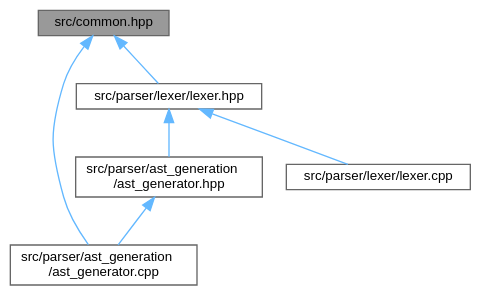
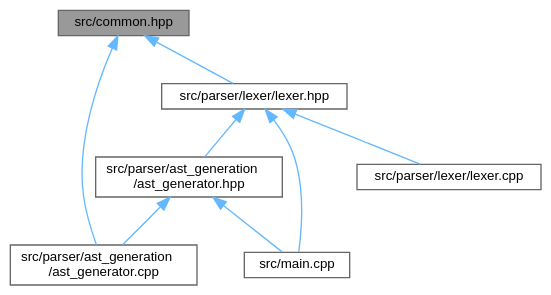
One commit to kejunp/kejunp.github.io changed the diagram in pebbl/docs/common_8hpp__dep__incl.dot. Above: the diagram before and after it, drawn with Graphviz. The commit also changed 114 other files, not shown here.

```diff
--- a/pebbl/docs/common_8hpp__dep__incl.dot
+++ b/pebbl/docs/common_8hpp__dep__incl.dot
@@ -1,17 +1,20 @@
 digraph "src/common.hpp"
 {
  // LATEX_PDF_SIZE
   bgcolor="transparent";
   edge [fontname=Helvetica,fontsize=10,labelfontname=Helvetica,labelfontsize=10];
   node [fontname=Helvetica,fontsize=10,shape=box,height=0.2,width=0.4];
   Node1 [id="Node000001",label="src/common.hpp",height=0.2,width=0.4,color="gray40", fillcolor="grey60", style="filled", fontcolor="black",tooltip=" "];
   Node1 -> Node2 [id="edge1_Node000001_Node000002",dir="back",color="steelblue1",style="solid",tooltip=" "];
   Node2 [id="Node000002",label="src/parser/ast_generation\l/ast_generator.cpp",height=0.2,width=0.4,color="grey40", fillcolor="white", style="filled",URL="$ast__generator_8cpp.html",tooltip=" "];
   Node1 -> Node3 [id="edge2_Node000001_Node000003",dir="back",color="steelblue1",style="solid",tooltip=" "];
   Node3 [id="Node000003",label="src/parser/lexer/lexer.hpp",height=0.2,width=0.4,color="grey40", fillcolor="white", style="filled",URL="$lexer_8hpp.html",tooltip=" "];
   Node3 -> Node4 [id="edge3_Node000003_Node000004",dir="back",color="steelblue1",style="solid",tooltip=" "];
-  Node4 [id="Node000004",label="src/parser/ast_generation\l/ast_generator.hpp",height=0.2,width=0.4,color="grey40", fillcolor="white", style="filled",URL="$ast__generator_8hpp.html",tooltip=" "];
-  Node4 -> Node2 [id="edge4_Node000004_Node000002",dir="back",color="steelblue1",style="solid",tooltip=" "];
-  Node3 -> Node5 [id="edge5_Node000003_Node000005",dir="back",color="steelblue1",style="solid",tooltip=" "];
-  Node5 [id="Node000005",label="src/parser/lexer/lexer.cpp",height=0.2,width=0.4,color="grey40", fillcolor="white", style="filled",URL="$lexer_8cpp.html",tooltip=" "];
+  Node4 [id="Node000004",label="src/main.cpp",height=0.2,width=0.4,color="grey40", fillcolor="white", style="filled",URL="$main_8cpp.html",tooltip=" "];
+  Node3 -> Node5 [id="edge4_Node000003_Node000005",dir="back",color="steelblue1",style="solid",tooltip=" "];
+  Node5 [id="Node000005",label="src/parser/ast_generation\l/ast_generator.hpp",height=0.2,width=0.4,color="grey40", fillcolor="white", style="filled",URL="$ast__generator_8hpp.html",tooltip=" "];
+  Node5 -> Node4 [id="edge5_Node000005_Node000004",dir="back",color="steelblue1",style="solid",tooltip=" "];
+  Node5 -> Node2 [id="edge6_Node000005_Node000002",dir="back",color="steelblue1",style="solid",tooltip=" "];
+  Node3 -> Node6 [id="edge7_Node000003_Node000006",dir="back",color="steelblue1",style="solid",tooltip=" "];
+  Node6 [id="Node000006",label="src/parser/lexer/lexer.cpp",height=0.2,width=0.4,color="grey40", fillcolor="white", style="filled",URL="$lexer_8cpp.html",tooltip=" "];
 }
```
